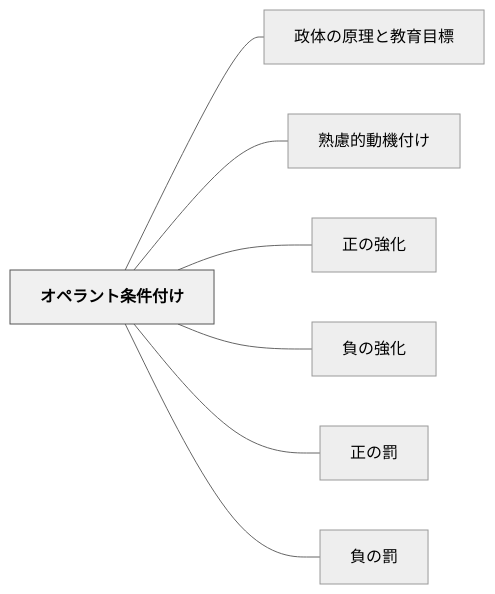
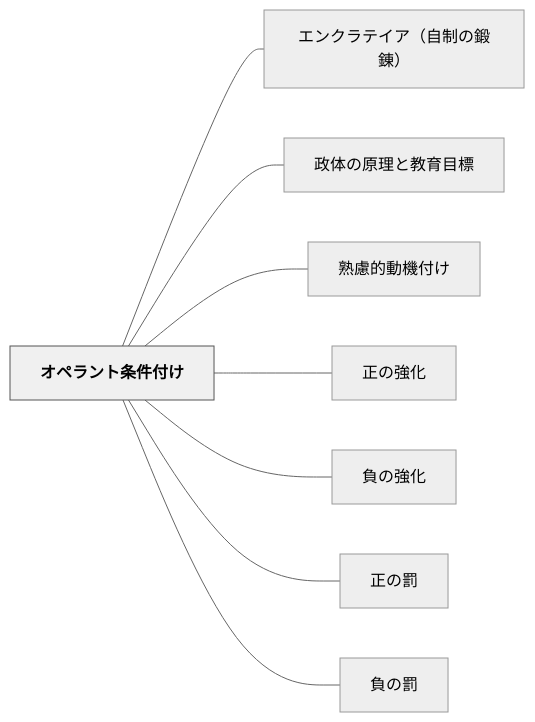
One commit to unknownthings-ed-patterns/unknownthings-ed-patterns changed the diagram in content/パタン/オペラント条件付け.md. Above: the diagram before and after it, drawn with Mermaid (neutral theme). The commit also changed other lines of this file and 19 other files, not shown here.

````diff
--- a/content/パタン/オペラント条件付け.md
+++ b/content/パタン/オペラント条件付け.md
@@ -45,20 +46,22 @@
 ```mermaid
 flowchart LR
     ne382aae3839ae383a9e383b3e38388e69da1e4bbb6e4bb98e38191["オペラント条件付け"]
+    ne382a8e383b3e382afe383a9e38386e382a4e382a2efbc88e887aae588b6e381aee98d9be98cacefbc89["エンクラテイア（自制の鍛錬）"]
     ne694bfe4bd93e381aee58e9fe79086e381a8e69599e882b2e79baee6a899["政体の原理と教育目標"]
     ne7869fe685aee79a84e58b95e6a99fe4bb98e38191["熟慮的動機付け"]
     ne6ada3e381aee5bcb7e58c96["正の強化"]
     ne8b2a0e381aee5bcb7e58c96["負の強化"]
     ne6ada3e381aee7bdb0["正の罰"]
     ne8b2a0e381aee7bdb0["負の罰"]
 
+    ne382aae3839ae383a9e383b3e38388e69da1e4bbb6e4bb98e38191 --- ne382a8e383b3e382afe383a9e38386e382a4e382a2efbc88e887aae588b6e381aee98d9be98cacefbc89
     ne382aae3839ae383a9e383b3e38388e69da1e4bbb6e4bb98e38191 --- ne694bfe4bd93e381aee58e9fe79086e381a8e69599e882b2e79baee6a899
     ne382aae3839ae383a9e383b3e38388e69da1e4bbb6e4bb98e38191 --- ne7869fe685aee79a84e58b95e6a99fe4bb98e38191
     ne382aae3839ae383a9e383b3e38388e69da1e4bbb6e4bb98e38191 --- ne6ada3e381aee5bcb7e58c96
     ne382aae3839ae383a9e383b3e38388e69da1e4bbb6e4bb98e38191 --- ne8b2a0e381aee5bcb7e58c96
     ne382aae3839ae383a9e383b3e38388e69da1e4bbb6e4bb98e38191 --- ne6ada3e381aee7bdb0
     ne382aae3839ae383a9e383b3e38388e69da1e4bbb6e4bb98e38191 --- ne8b2a0e381aee7bdb0
 
     classDef hub fill:#f0f0f0,stroke:#555,color:#000,font-weight:bold
     class ne382aae3839ae383a9e383b3e38388e69da1e4bbb6e4bb98e38191 hub
 ```
````
